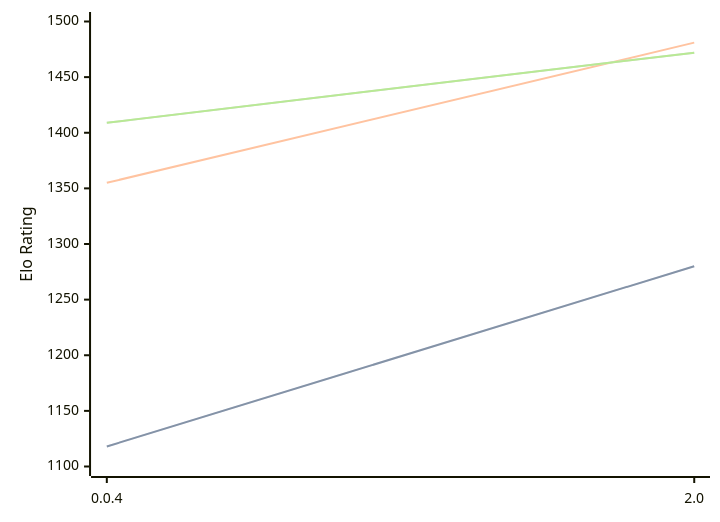
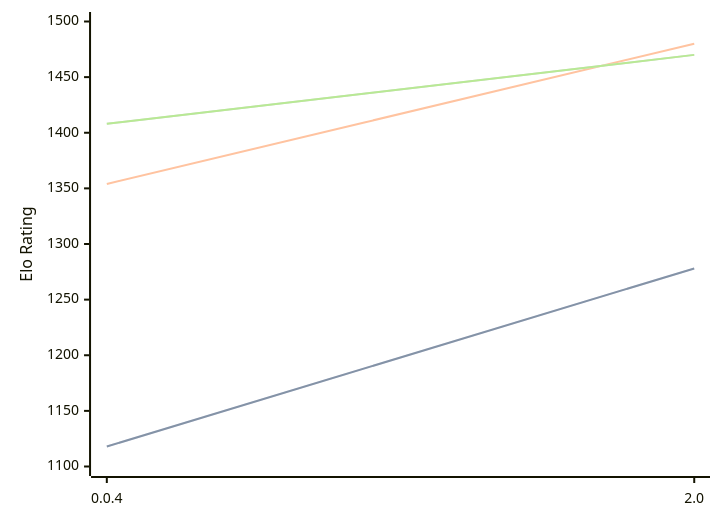
One commit to computer-chess-index/cci changed the diagram in engines/Oops!Mate.md. Above: the diagram before and after it, drawn with Mermaid. The commit also changed other lines of this file, not shown here.

Commit message:
Update CCI Ratings (ELO VLTC) - 2026-04-06

````diff
--- a/engines/Oops!Mate.md
+++ b/engines/Oops!Mate.md
@@ -51,11 +51,11 @@
 ```mermaid
 %%{init: {"theme":"base","themeVariables":{"seriesColors:['#a3a3a3','#222221','#faa371']}}}%%
 xychart-beta
   x-axis ["0.0.4", "2.0"]
   y-axis "Elo Rating" 1100 --> 1500
-  line "STC (8.0+0.08s)" [1118, 1280]
-  line "STC (8.0+0.08s)" [1118, 1280]
-  line "LTC (60.0+0.60s)" [1355, 1481]
-  line "VLTC (2m24s+1.12s)" [1409, 1472]
-  line "VLTC (2m24s+1.12s)" [1409, 1472]
+  line "STC (8.0+0.08s)" [1118, 1278]
+  line "STC (8.0+0.08s)" [1118, 1278]
+  line "LTC (60.0+0.60s)" [1354, 1480]
+  line "VLTC (2m24s+1.12s)" [1408, 1470]
+  line "VLTC (2m24s+1.12s)" [1408, 1470]
 ```
````
